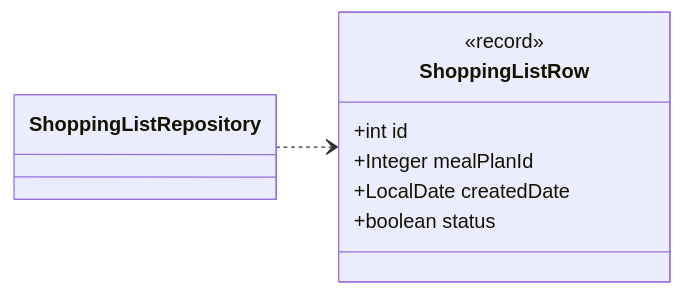
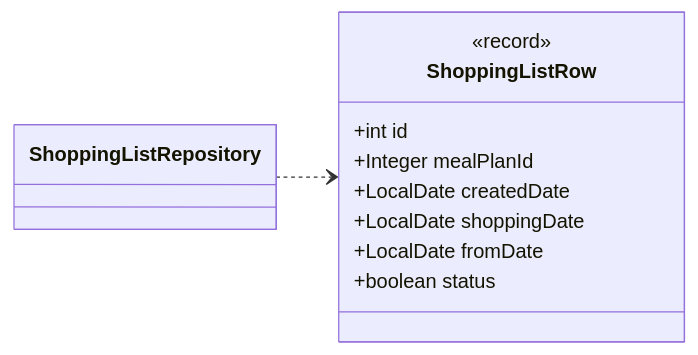
One commit to Nate-ryan-7690/dahaem changed the ninth of 14 diagrams in docs/classes/shopping.md. Above: the diagram before and after it, drawn with Mermaid. The commit also changed other lines of this file and 27 other files, not shown here.

````diff
--- a/docs/classes/shopping.md
+++ b/docs/classes/shopping.md
@@ -392,13 +449,15 @@
 ```mermaid
 classDiagram
     direction LR
     class shopping_ShoppingListRow["ShoppingListRow"] {
         <<record>>
         +int id
         +Integer mealPlanId
         +LocalDate createdDate
+        +LocalDate shoppingDate
+        +LocalDate fromDate
         +boolean status
     }
     class shopping_ShoppingListRepository["ShoppingListRepository"]
     shopping_ShoppingListRepository ..> shopping_ShoppingListRow
 ```
````
